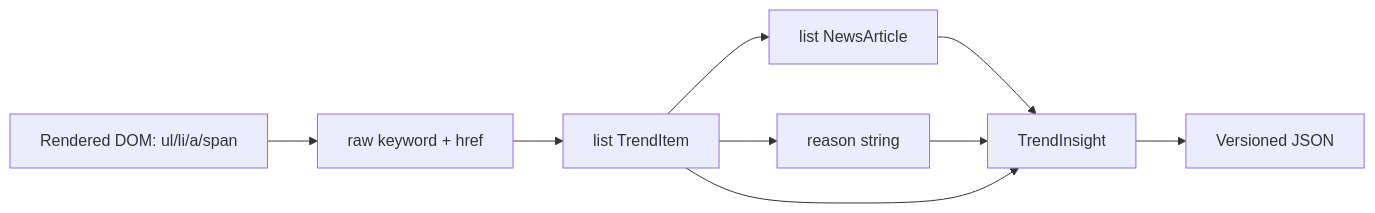
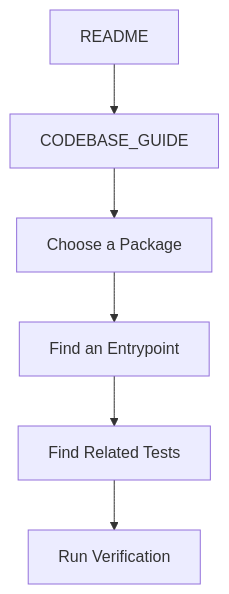
Before and after one commit to jhkr1/automation-hub: the first of 3 diagrams in CODEBASE_GUIDE.md, drawn with Mermaid. The commit also changed other lines of this file and 28 other files, not shown here.

Commit message:
docs: add automation architecture concepts book

````diff
--- a/CODEBASE_GUIDE.md
+++ b/CODEBASE_GUIDE.md
@@ -325,18 +27,8 @@
 ```mermaid
-flowchart LR
-    DOM[Rendered DOM: ul/li/a/span]
-    Raw[raw keyword + href]
-    Trend[list TrendItem]
-    Articles[list NewsArticle]
-    Reason[reason string]
-    Insight[TrendInsight]
-    JSON[Versioned JSON]
-
-    DOM --> Raw --> Trend
-    Trend --> Articles
-    Trend --> Reason
-    Articles --> Insight
-    Reason --> Insight
-    Trend --> Insight
-    Insight --> JSON
+flowchart TD
+    README[README] --> Guide[CODEBASE_GUIDE]
+    Guide --> Package[Choose a Package]
+    Package --> Entrypoint[Find an Entrypoint]
+    Entrypoint --> Tests[Find Related Tests]
+    Tests --> Verify[Run Verification]
 ```
````
